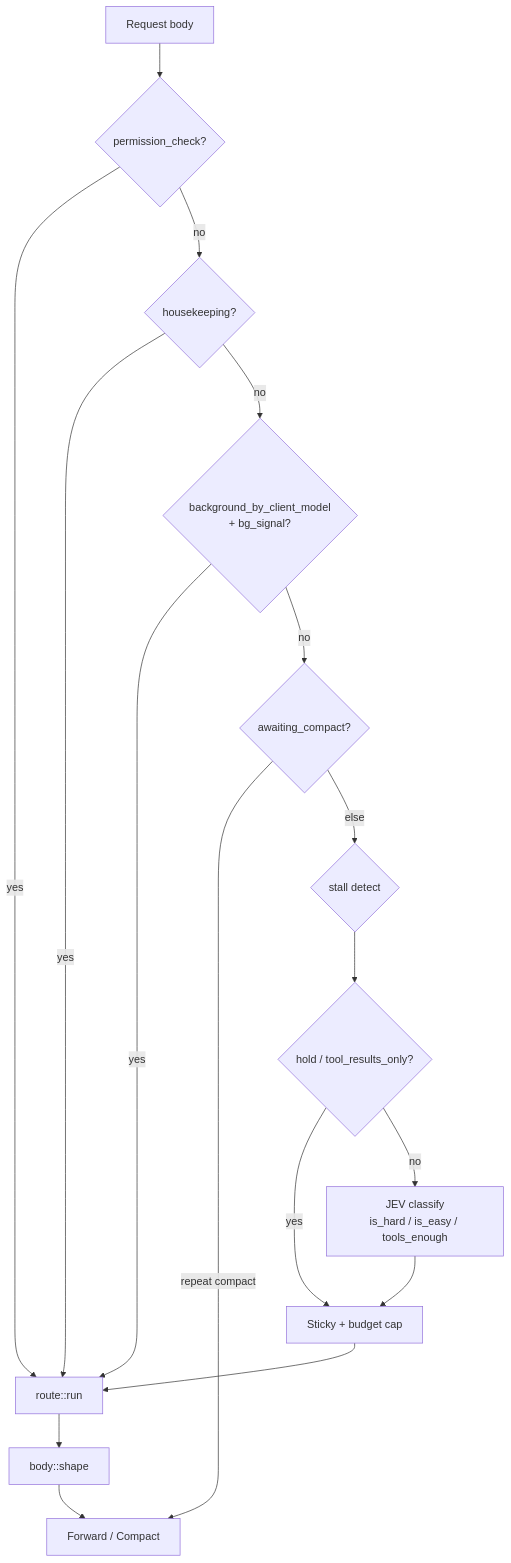
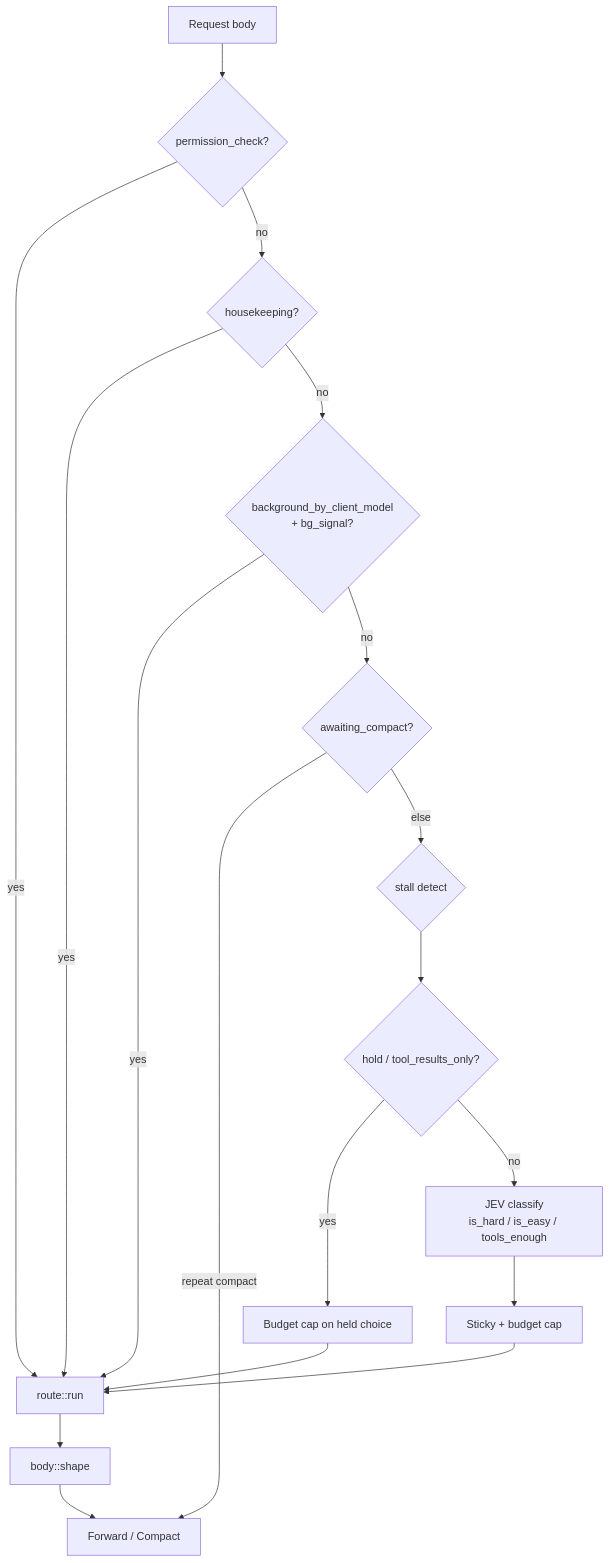
Before and after one commit to ndolinschi/Octo: the first of 3 diagrams in docs/autoroute.md, drawn with Mermaid. The commit also changed other lines of this file and 4 other files, not shown here.

````diff
--- a/docs/autoroute.md
+++ b/docs/autoroute.md
@@ -19,28 +19,30 @@
 ```mermaid
 flowchart TD
   in[Request body]
   perm{permission_check?}
   hk{housekeeping?}
   bg{background_by_client_model<br/>+ bg_signal?}
   await{awaiting_compact?}
   stall{stall detect}
   hold{hold / tool_results_only?}
   jev[JEV classify<br/>is_hard / is_easy / tools_enough]
   sticky[Sticky + budget cap]
+  cap[Budget cap on held choice]
   route[route::run]
   shape[body::shape]
   fwd[Forward / Compact]
 
   in --> perm
   perm -->|yes| route
   perm -->|no| hk
   hk -->|yes| route
   hk -->|no| bg
   bg -->|yes| route
   bg -->|no| await
   await -->|repeat compact| fwd
   await -->|else| stall --> hold
-  hold -->|yes| sticky
+  hold -->|yes| cap
   hold -->|no| jev --> sticky
+  cap --> route
   sticky --> route --> shape --> fwd
 ```
````
